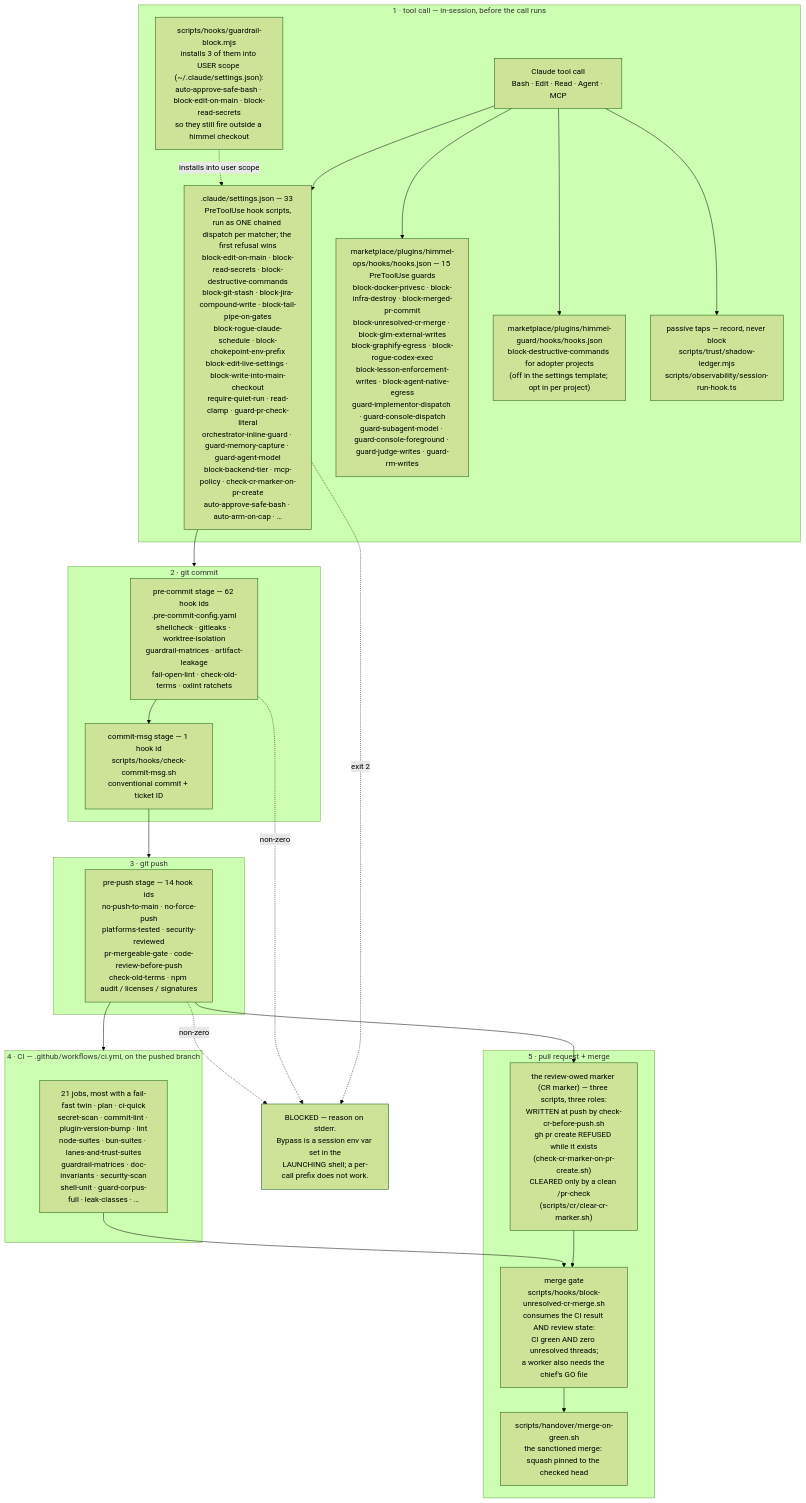
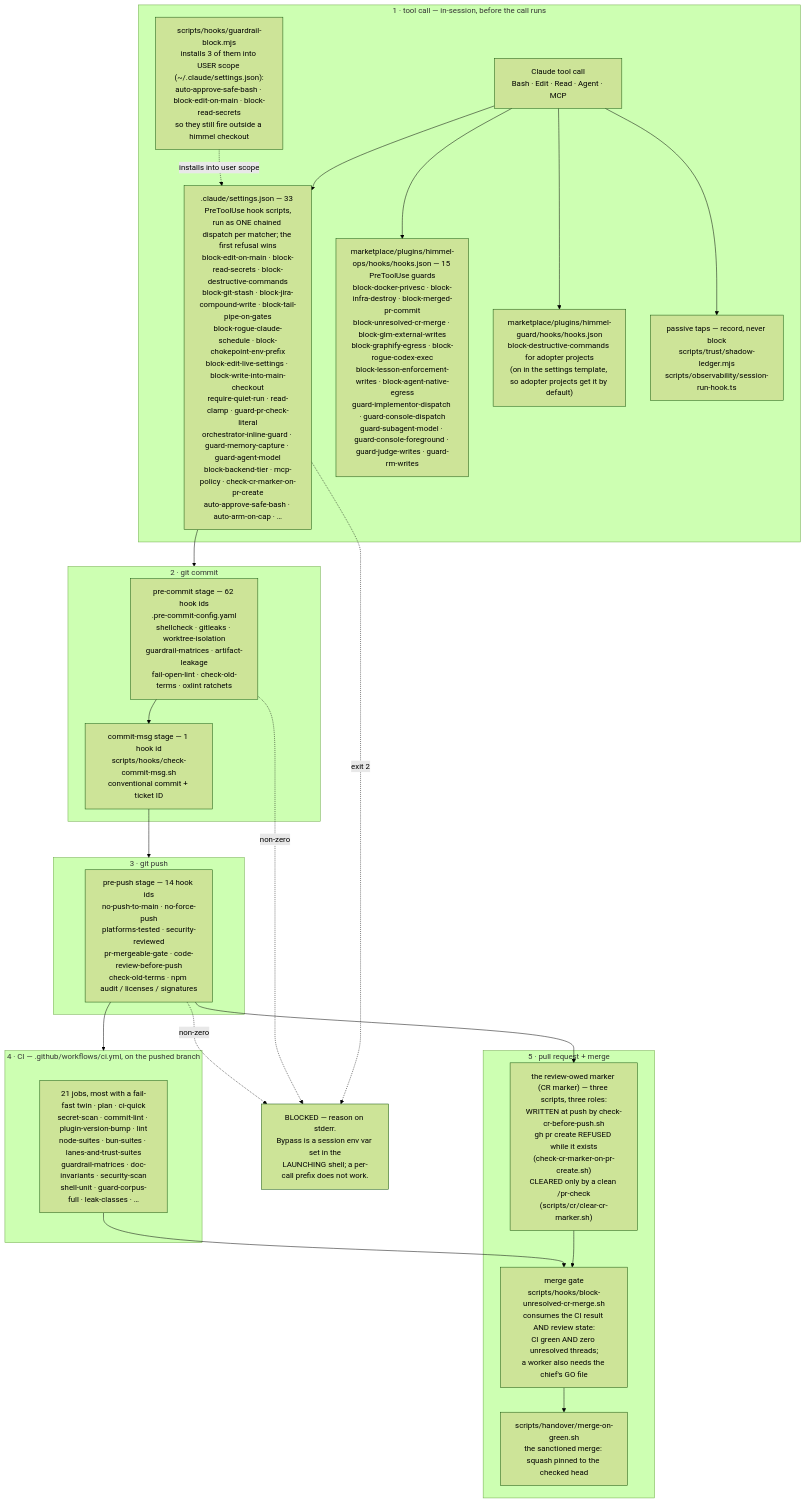
One commit to yotamleo-org/Himmel changed the first of 5 diagrams in docs/architecture.md. Above: the diagram before and after it, drawn with Mermaid (forest theme). The commit also changed other lines of this file, not shown here.

First line of the commit message:
docs(site): [HIMMEL-6284] architecture names the GO file path and the backend gate's method maps

````diff
--- a/docs/architecture.md
+++ b/docs/architecture.md
@@ -46,48 +46,48 @@
 ```mermaid
 flowchart TD
     subgraph S1["1 · tool call — in-session, before the call runs"]
         TC["Claude tool call<br/>Bash · Edit · Read · Agent · MCP"]
         H1[".claude/settings.json — 33 PreToolUse hook scripts,<br/>run as ONE chained dispatch per matcher; the first refusal wins<br/>block-edit-on-main · block-read-secrets · block-destructive-commands<br/>block-git-stash · block-jira-compound-write · block-tail-pipe-on-gates<br/>block-rogue-claude-schedule · block-chokepoint-env-prefix<br/>block-edit-live-settings · block-write-into-main-checkout<br/>require-quiet-run · read-clamp · guard-pr-check-literal<br/>orchestrator-inline-guard · guard-memory-capture · guard-agent-model<br/>block-backend-tier · mcp-policy · check-cr-marker-on-pr-create<br/>auto-approve-safe-bash · auto-arm-on-cap · …"]
         H2["marketplace/plugins/himmel-ops/hooks/hooks.json — 15 PreToolUse guards<br/>block-docker-privesc · block-infra-destroy · block-merged-pr-commit<br/>block-unresolved-cr-merge · block-glm-external-writes<br/>block-graphify-egress · block-rogue-codex-exec<br/>block-lesson-enforcement-writes · block-agent-native-egress<br/>guard-implementor-dispatch · guard-console-dispatch<br/>guard-subagent-model · guard-console-foreground · guard-judge-writes · guard-rm-writes"]
-        HG["marketplace/plugins/himmel-guard/hooks/hooks.json<br/>block-destructive-commands for adopter projects<br/>(off in the settings template; opt in per project)"]
+        HG["marketplace/plugins/himmel-guard/hooks/hooks.json<br/>block-destructive-commands for adopter projects<br/>(on in the settings template, so adopter projects get it by default)"]
         H3["scripts/hooks/guardrail-block.mjs<br/>installs 3 of them into USER scope (~/.claude/settings.json):<br/>auto-approve-safe-bash · block-edit-on-main · block-read-secrets<br/>so they still fire outside a himmel checkout"]
         H4["passive taps — record, never block<br/>scripts/trust/shadow-ledger.mjs<br/>scripts/observability/session-run-hook.ts"]
         TC --> H1
         TC --> H2
         TC --> HG
         TC --> H4
         H3 -.->|"installs into user scope"| H1
     end
 
     subgraph S2["2 · git commit"]
         PC["pre-commit stage — 62 hook ids<br/>.pre-commit-config.yaml<br/>shellcheck · gitleaks · worktree-isolation<br/>guardrail-matrices · artifact-leakage<br/>fail-open-lint · check-old-terms · oxlint ratchets"]
         CM["commit-msg stage — 1 hook id<br/>scripts/hooks/check-commit-msg.sh<br/>conventional commit + ticket ID"]
         PC --> CM
     end
 
     subgraph S3["3 · git push"]
         PP["pre-push stage — 14 hook ids<br/>no-push-to-main · no-force-push<br/>platforms-tested · security-reviewed<br/>pr-mergeable-gate · code-review-before-push<br/>check-old-terms · npm audit / licenses / signatures"]
     end
 
     subgraph S4["4 · CI — .github/workflows/ci.yml, on the pushed branch"]
         CI["21 jobs, most with a fail-fast twin · plan · ci-quick<br/>secret-scan · commit-lint · plugin-version-bump · lint<br/>node-suites · bun-suites · lanes-and-trust-suites<br/>guardrail-matrices · doc-invariants · security-scan<br/>shell-unit · guard-corpus-full · leak-classes · …"]
     end
 
     subgraph S5["5 · pull request + merge"]
         CR["the review-owed marker (CR marker) — three scripts, three roles:<br/>WRITTEN at push by check-cr-before-push.sh<br/>gh pr create REFUSED while it exists<br/>(check-cr-marker-on-pr-create.sh)<br/>CLEARED only by a clean /pr-check<br/>(scripts/cr/clear-cr-marker.sh)"]
         MG["merge gate<br/>scripts/hooks/block-unresolved-cr-merge.sh<br/>consumes the CI result AND review state:<br/>CI green AND zero unresolved threads;<br/>a worker also needs the chief's GO file"]
         MOG["scripts/handover/merge-on-green.sh<br/>the sanctioned merge: squash pinned to the checked head"]
         CR --> MG
         MG --> MOG
     end
 
     H1 --> S2
     CM --> S3
     PP --> S4
     PP --> CR
     CI --> MG
 
     H1 -.->|"exit 2"| BLOCK["BLOCKED — reason on stderr.<br/>Bypass is a session env var set in the<br/>LAUNCHING shell; a per-call prefix does not work."]
     PC -.->|"non-zero"| BLOCK
     PP -.->|"non-zero"| BLOCK
 ```
````
